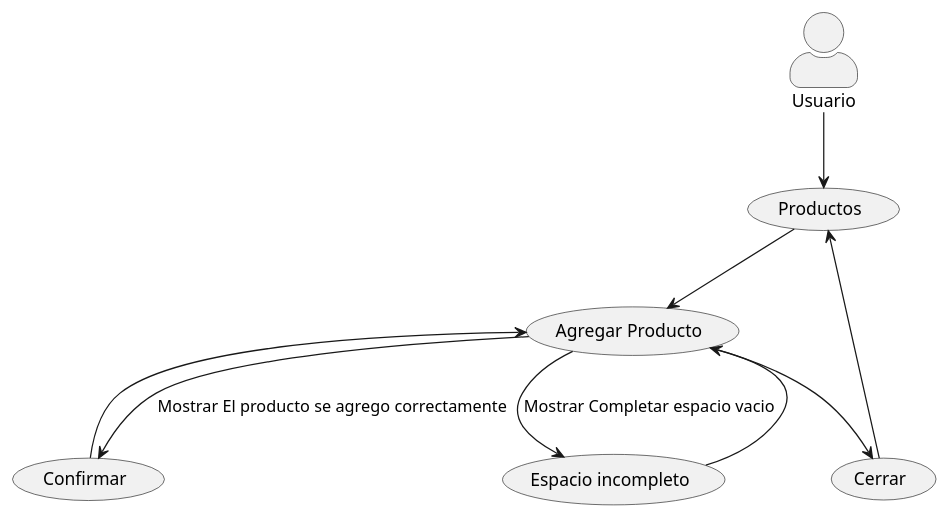
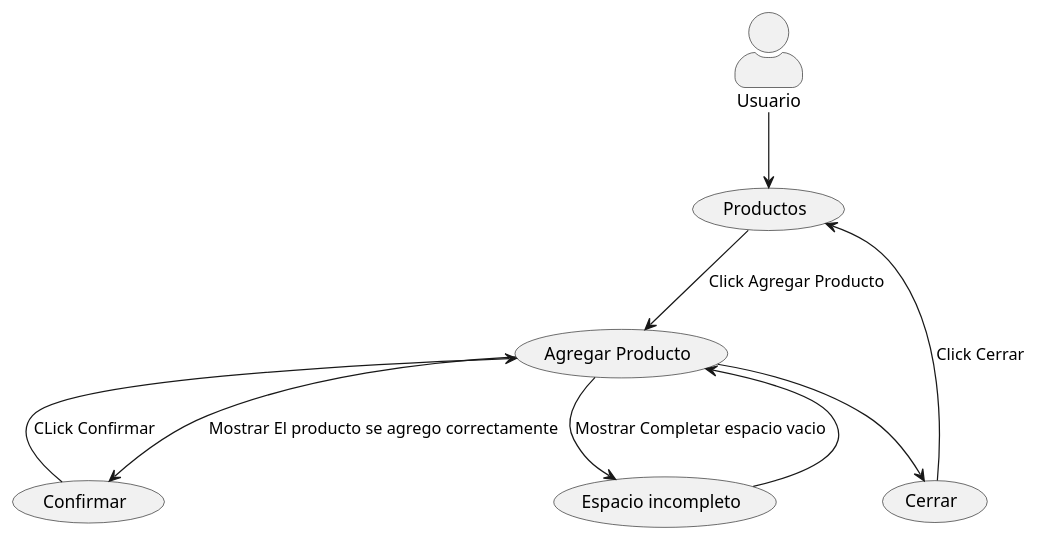
Before and after one commit to DDSlayer64/Casos-Uso: the diagram in Pro-2.puml, drawn with PlantUML. The commit also changed 6 other files, not shown here.

```diff
--- a/Pro-2.puml
+++ b/Pro-2.puml
@@ -1,22 +1,22 @@
 @startuml CasosDeUso
 skinparam actorStyle awesome
 
 :Usuario: as usuario 
 (Productos) as pro
 (Agregar Producto) as ap
 (Confirmar) as con
 (Cerrar) as cerr
 (Espacio incompleto) as ei
 
-pro --> ap
+pro --> ap :Click Agregar Producto 
 ap --> ei :  Mostrar Completar espacio vacio
 ei  --> ap
 ap --> con : Mostrar El producto se agrego correctamente
-con --> ap
+con --> ap :CLick Confirmar
 ap --> cerr
-cerr --> pro
+cerr --> pro :Click Cerrar
 usuario --> pro
 
 
 
 @enduml
```
